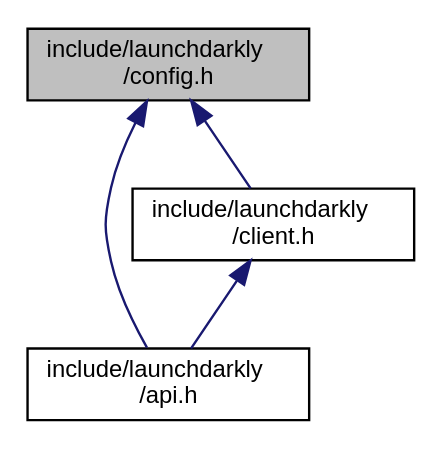
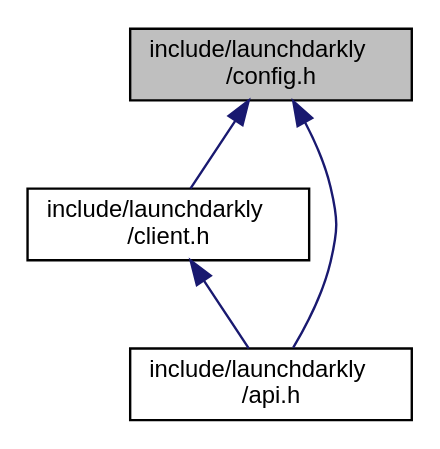
One commit to launchdarkly/c-client-sdk changed the diagram in config_8h__dep__incl.dot. Above: the diagram before and after it, drawn with Graphviz. The commit also changed 59 other files, not shown here.

```diff
--- a/config_8h__dep__incl.dot
+++ b/config_8h__dep__incl.dot
@@ -1,11 +1,11 @@
 digraph "include/launchdarkly/config.h"
 {
   edge [fontname="Helvetica",fontsize="10",labelfontname="Helvetica",labelfontsize="10"];
   node [fontname="Helvetica",fontsize="10",shape=record];
   Node4 [label="include/launchdarkly\l/config.h",height=0.2,width=0.4,color="black", fillcolor="grey75", style="filled", fontcolor="black"];
   Node4 -> Node5 [dir="back",color="midnightblue",fontsize="10",style="solid",fontname="Helvetica"];
-  Node5 [label="include/launchdarkly\l/api.h",height=0.2,width=0.4,color="black", fillcolor="white", style="filled",URL="$api_8h.html",tooltip="Public API. Include this for every public operation. "];
+  Node5 [label="include/launchdarkly\l/client.h",height=0.2,width=0.4,color="black", fillcolor="white", style="filled",URL="$client_8h.html",tooltip="Public Client control and variations. "];
+  Node5 -> Node6 [dir="back",color="midnightblue",fontsize="10",style="solid",fontname="Helvetica"];
+  Node6 [label="include/launchdarkly\l/api.h",height=0.2,width=0.4,color="black", fillcolor="white", style="filled",URL="$api_8h.html",tooltip="Public API. Include this for every public operation. "];
   Node4 -> Node6 [dir="back",color="midnightblue",fontsize="10",style="solid",fontname="Helvetica"];
-  Node6 [label="include/launchdarkly\l/client.h",height=0.2,width=0.4,color="black", fillcolor="white", style="filled",URL="$client_8h.html",tooltip="Public Client control and variations. "];
-  Node6 -> Node5 [dir="back",color="midnightblue",fontsize="10",style="solid",fontname="Helvetica"];
 }
```
